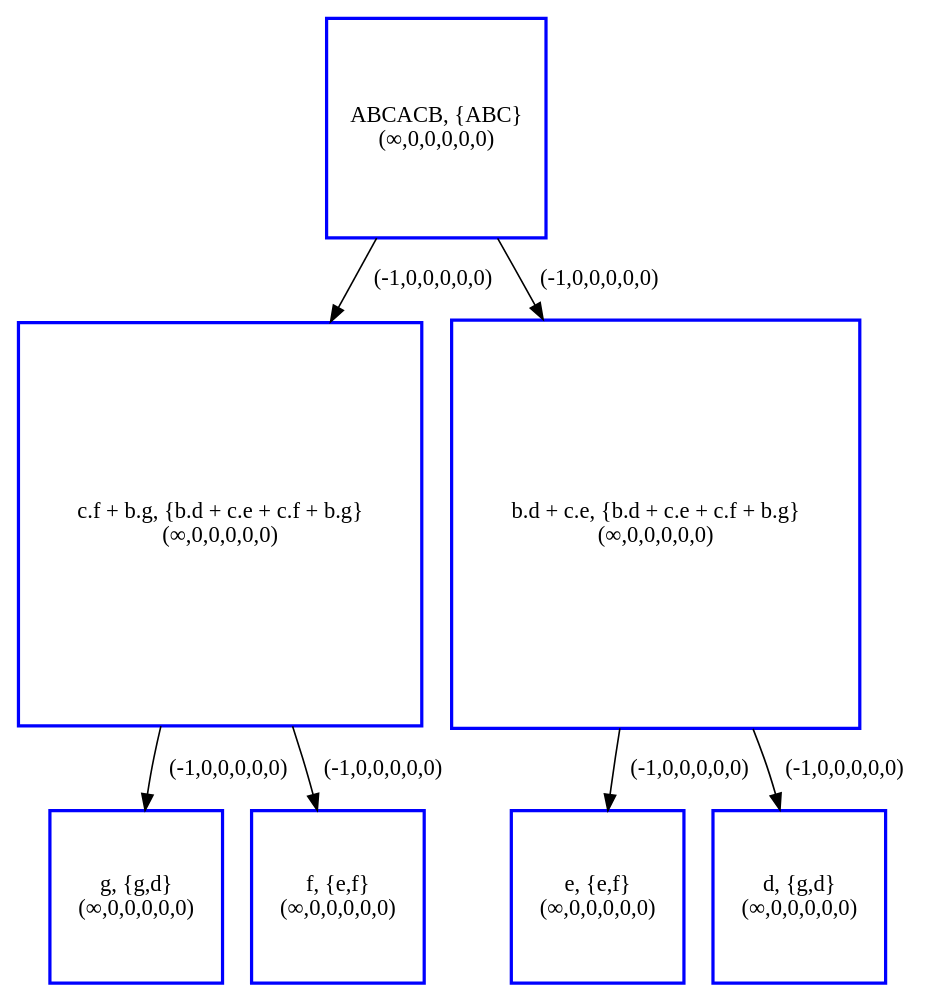
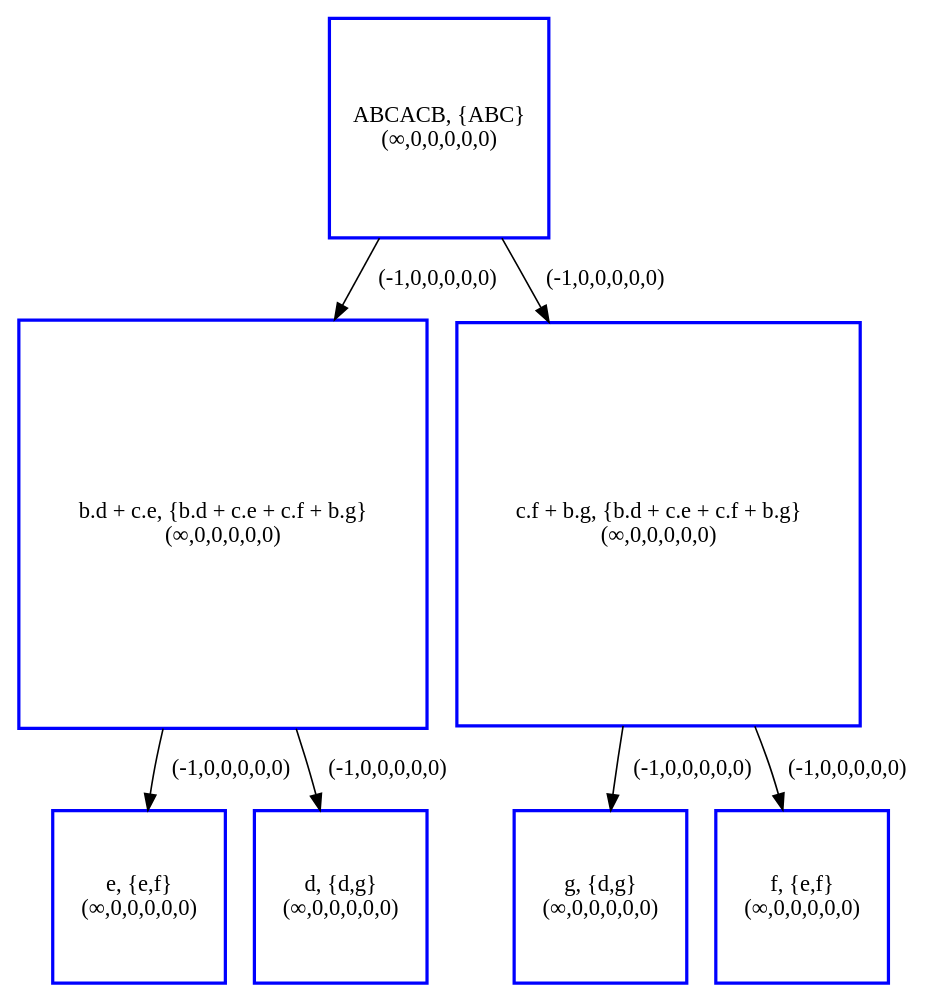
One commit to benkeks/generalized-equivalence-checking changed the second of 2 diagrams in 05_strong-spectroscopy.qmd. Above: the diagram before and after it, drawn with Graphviz. The commit also changed other lines of this file and 1 other file, not shown here.

````diff
--- a/05_strong-spectroscopy.qmd
+++ b/05_strong-spectroscopy.qmd
@@ -881,3 +885,16 @@
 ```{dot}
-digraph rel{695410661 [shape=square, color=blue, style=bold, label="e, {e,f}\n(∞,0,0,0,0,0)"];945131307 [shape=square, color=blue, style=bold, label="g, {g,d}\n(∞,0,0,0,0,0)"];-58372795 [shape=square, color=blue, style=bold, label="c.f + b.g, {b.d + c.e + c.f + b.g}\n(∞,0,0,0,0,0)"];-1478041764 [shape=square, color=blue, style=bold, label="ABCACB, {ABC}\n(∞,0,0,0,0,0)"];1777001188 [shape=square, color=blue, style=bold, label="d, {g,d}\n(∞,0,0,0,0,0)"];11287976 [shape=square, color=blue, style=bold, label="b.d + c.e, {b.d + c.e + c.f + b.g}\n(∞,0,0,0,0,0)"];-1092705565 [shape=square, color=blue, style=bold, label="f, {e,f}\n(∞,0,0,0,0,0)"];-58372795->945131307[color=black, label="(-1,0,0,0,0,0)"];-58372795->-1092705565[color=black, label="(-1,0,0,0,0,0)"];-1478041764->11287976[color=black, label="(-1,0,0,0,0,0)"];-1478041764->-58372795[color=black, label="(-1,0,0,0,0,0)"];11287976->1777001188[color=black, label="(-1,0,0,0,0,0)"];11287976->695410661[color=black, label="(-1,0,0,0,0,0)"]}
+digraph rel{
+695410661 [shape=square, color=blue, style=bold, label="e, {e,f}\n(∞,0,0,0,0,0)"];
+945131307 [shape=square, color=blue, style=bold, label="g, {d,g}\n(∞,0,0,0,0,0)"];
+11287976 [shape=square, color=blue, style=bold, label="b.d + c.e, {b.d + c.e + c.f + b.g}\n(∞,0,0,0,0,0)"];
+-58372795 [shape=square, color=blue, style=bold, label="c.f + b.g, {b.d + c.e + c.f + b.g}\n(∞,0,0,0,0,0)"];
+-1478041764 [shape=square, color=blue, style=bold, label="ABCACB, {ABC}\n(∞,0,0,0,0,0)"];
+1777001188 [shape=square, color=blue, style=bold, label="d, {d,g}\n(∞,0,0,0,0,0)"];
+
+-1092705565 [shape=square, color=blue, style=bold, label="f, {e,f}\n(∞,0,0,0,0,0)"];-58372795->945131307[color=black, label="(-1,0,0,0,0,0)"];
+-58372795->-1092705565[color=black, label="(-1,0,0,0,0,0)"];
+-1478041764->11287976[color=black, label="(-1,0,0,0,0,0)"];
+-1478041764->-58372795[color=black, label="(-1,0,0,0,0,0)"];
+11287976->1777001188[color=black, label="(-1,0,0,0,0,0)"];
+11287976->695410661[color=black, label="(-1,0,0,0,0,0)"]}
 ```
````
